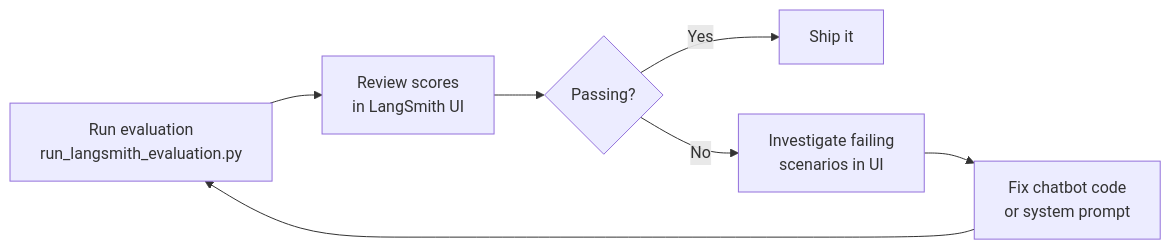
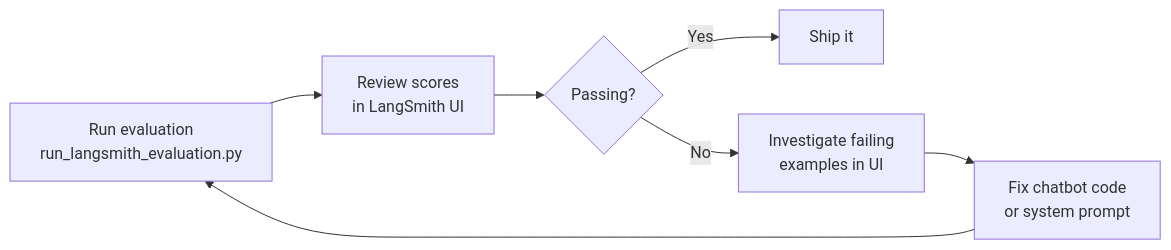
The fifth of 9 diagrams in backend/evaluate/EVALUATION.md (codeforpdx/tenantfirstaid), drawn with Mermaid before and after one commit. The commit also changed other lines of this file and 6 other files, not shown here.

Commit message:
change "scenario" term to LangSmith term "example" in most places (except "scenario_id" which is used in schema)

````diff
--- a/backend/evaluate/EVALUATION.md
+++ b/backend/evaluate/EVALUATION.md
@@ -336,9 +336,9 @@
 ```mermaid
 flowchart LR
     A["Run evaluation<br>run_langsmith_evaluation.py"] --> B["Review scores<br>in LangSmith UI"]
     B --> C{Passing?}
     C -- Yes --> D["Ship it"]
-    C -- No --> E["Investigate failing<br>scenarios in UI"]
+    C -- No --> E["Investigate failing<br>examples in UI"]
     E --> F["Fix chatbot code<br>or system prompt"]
     F --> A
 ```
````
